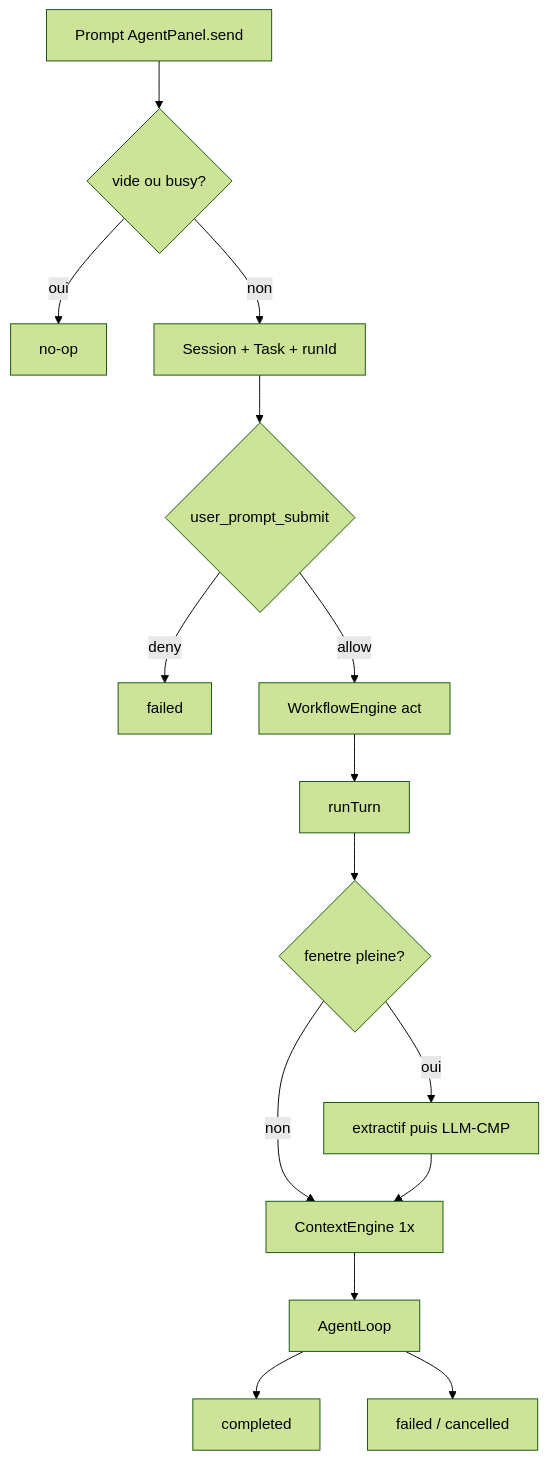
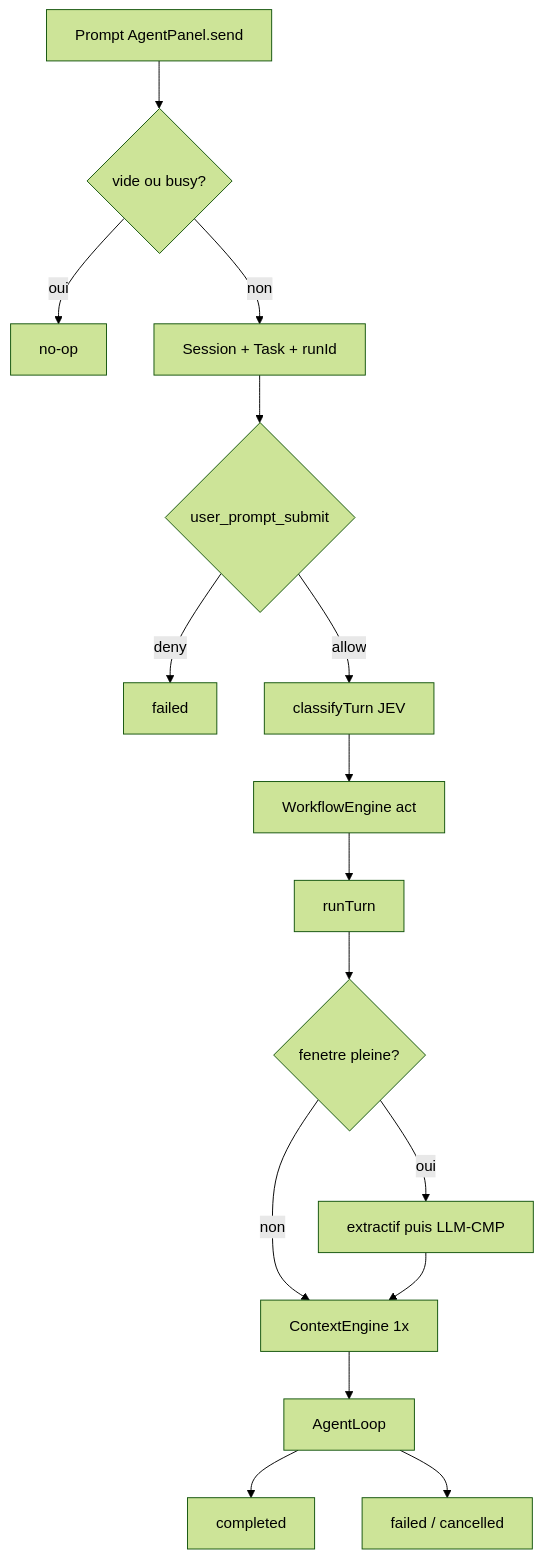
The first of 5 diagrams in docs/architecture/workflow-spec.md (willykinfoussia/Kursor-Studio), drawn with Mermaid (forest theme) before and after one commit. The commit also changed other lines of this file and 59 other files, not shown here.

````diff
--- a/docs/architecture/workflow-spec.md
+++ b/docs/architecture/workflow-spec.md
@@ -13,17 +13,18 @@
 ```mermaid
 flowchart TD
   prompt[Prompt AgentPanel.send] --> guards{vide ou busy?}
   guards -->|oui| noop[no-op]
   guards -->|non| session[Session + Task + runId]
   session --> hook{user_prompt_submit}
   hook -->|deny| failed[failed]
-  hook -->|allow| engine[WorkflowEngine act]
+  hook -->|allow| jev[classifyTurn JEV]
+  jev --> engine[WorkflowEngine act]
   engine --> turn[runTurn]
   turn --> compact{fenetre pleine?}
   compact -->|oui| cmp[extractif puis LLM-CMP]
   compact -->|non| ctx
   cmp --> ctx[ContextEngine 1x]
   ctx --> loop[AgentLoop]
   loop --> endok[completed]
   loop --> endfail[failed / cancelled]
 ```
````
